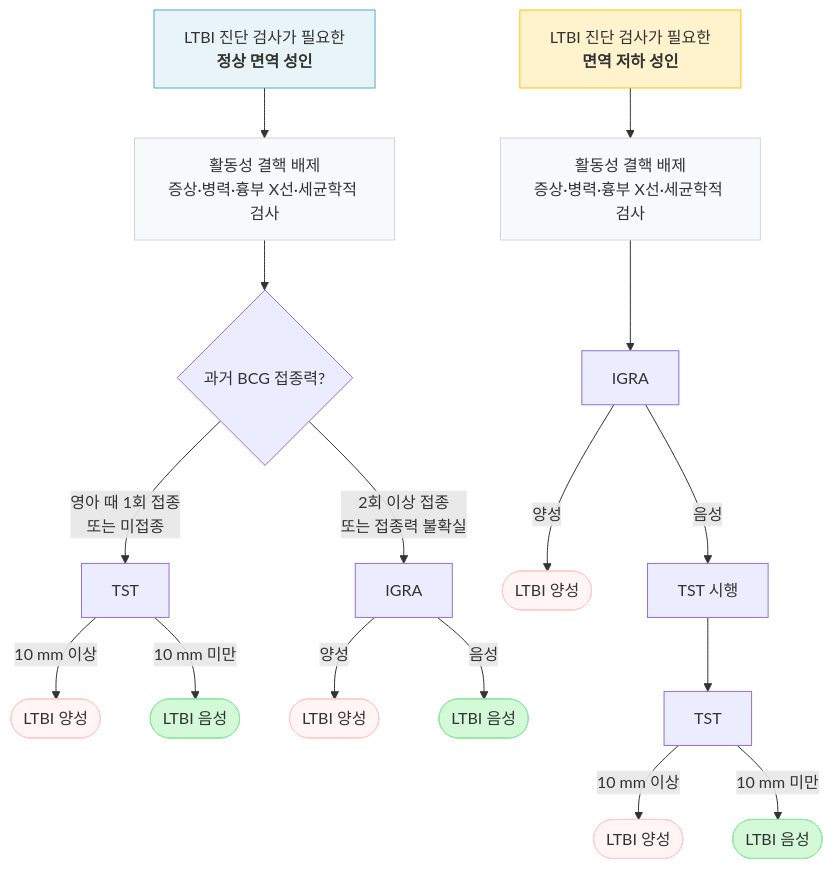
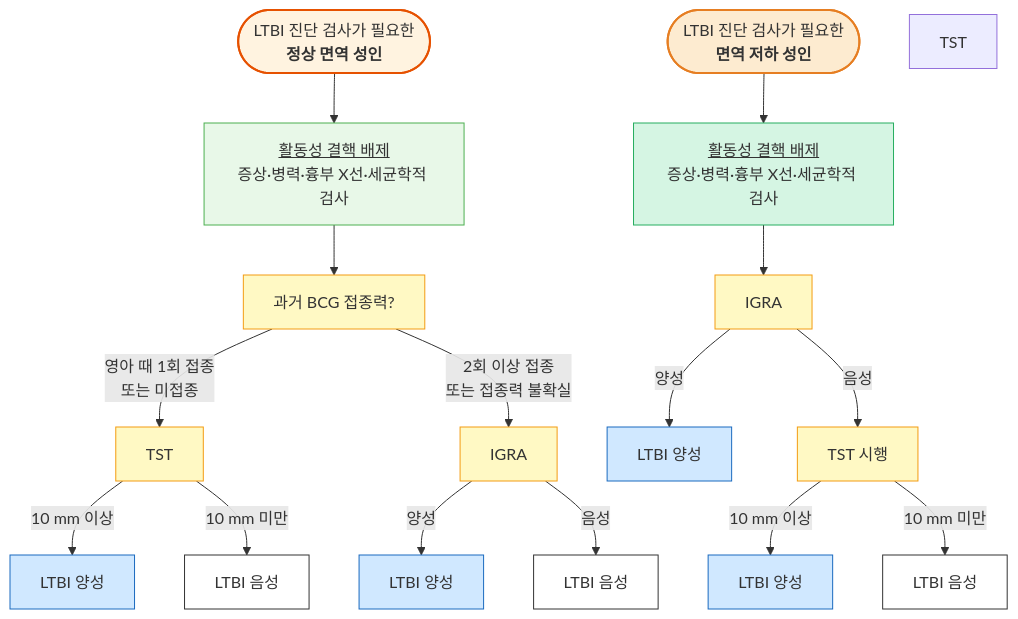
One commit to familyoh77/familyoh77 changed the third of 4 diagrams in 223_/070_-tuberculosis.md. Above: the diagram before and after it, drawn with Mermaid. The commit also changed other lines of this file, not shown here.

````diff
--- a/223_/070_-tuberculosis.md
+++ b/223_/070_-tuberculosis.md
@@ -388,49 +388,50 @@
 ```mermaid
 graph TD
     %% 정상 면역 성인 경로
-    SN["LTBI 진단 검사가 필요한<br/><b>정상 면역 성인</b>"]
-    ExcN["활동성 결핵 배제<br/>증상·병력·흉부 X선·세균학적 검사"]
-    BCG{"과거 BCG 접종력?"}
+    SN(["LTBI 진단 검사가 필요한<br/><b>정상 면역 성인</b>"])
+    ExcN["<u>활동성 결핵 배제</u><br/>증상·병력·흉부 X선·세균학적 검사"]
+    BCG["과거 BCG 접종력?"]
     TST1["TST"]
     IGA1["IGRA"]
-    PosN1(["LTBI 양성"])
-    NegN1(["LTBI 음성"])
-    PosN2(["LTBI 양성"])
-    NegN2(["LTBI 음성"])
+    PosN1["LTBI 양성"]
+    NegN1["LTBI 음성"]
+    PosN2["LTBI 양성"]
+    NegN2["LTBI 음성"]
 
     SN --> ExcN --> BCG
     BCG -->|"영아 때 1회 접종<br/>또는 미접종"| TST1
     BCG -->|"2회 이상 접종<br/>또는 접종력 불확실"| IGA1
     TST1 -->|"10 mm 이상"| PosN1
     TST1 -->|"10 mm 미만"| NegN1
     IGA1 -->|양성| PosN2
     IGA1 -->|음성| NegN2
 
     %% 면역 저하 성인 경로
-    SI["LTBI 진단 검사가 필요한<br/><b>면역 저하 성인</b>"]
-    ExcI["활동성 결핵 배제<br/>증상·병력·흉부 X선·세균학적 검사"]
+    SI(["LTBI 진단 검사가 필요한<br/><b>면역 저하 성인</b>"])
+    ExcI["<u>활동성 결핵 배제</u><br/>증상·병력·흉부 X선·세균학적 검사"]
     IGA2["IGRA"]
     TST2["TST"]
-    PosI1(["LTBI 양성"])
+    PosI1["LTBI 양성"]
     NegIto["TST 시행"]
-    PosI2(["LTBI 양성"])
-    NegI2(["LTBI 음성"])
+    PosI2["LTBI 양성"]
+    NegI2["LTBI 음성"]
 
     SI --> ExcI --> IGA2
     IGA2 -->|양성| PosI1
-    IGA2 -->|음성| NegIto --> TST2
-    TST2 -->|"10 mm 이상"| PosI2
-    TST2 -->|"10 mm 미만"| NegI2
+    IGA2 -->|음성| NegIto 
+    NegIto -->|"10 mm 이상"| PosI2
+    NegIto -->|"10 mm 미만"| NegI2
 
-    style SN fill:#e8f4f8,stroke:#4dabcc
-    style SI fill:#fff3cd,stroke:#ffc107
-    style ExcN fill:#f8f9fa,stroke:#ced4da
-    style ExcI fill:#f8f9fa,stroke:#ced4da
-    style PosN1 fill:#fff5f5,stroke:#ffc9c9
-    style PosN2 fill:#fff5f5,stroke:#ffc9c9
-    style NegN1 fill:#d3f9d8,stroke:#8ce99a
-    style NegN2 fill:#d3f9d8,stroke:#8ce99a
-    style PosI1 fill:#fff5f5,stroke:#ffc9c9
-    style PosI2 fill:#fff5f5,stroke:#ffc9c9
-    style NegI2 fill:#d3f9d8,stroke:#8ce99a
+style SN fill:#fff3e0,stroke:#e65100,stroke-width:2px
+style SI fill:#fdebd0,stroke:#e67e22,stroke-width:2px
+style ExcN fill:#e8f8e8,stroke:#4caf50
+classDef green fill:#d5f5e3,stroke:#27ae60
+class ExcI green
+classDef yellow fill:#fff9c4,stroke:#f39c12
+class BCG,TST1,IGA1,IGA2,NegIto yellow
+classDef white fill:#fff,stroke:#333
+class NegI2,NegN1,NegN2 white
+classDef blue fill:#d0e8ff,stroke:#1a6abf
+class PosN1,PosN2,PosI1,PosI2 blue
+
 ```
````
